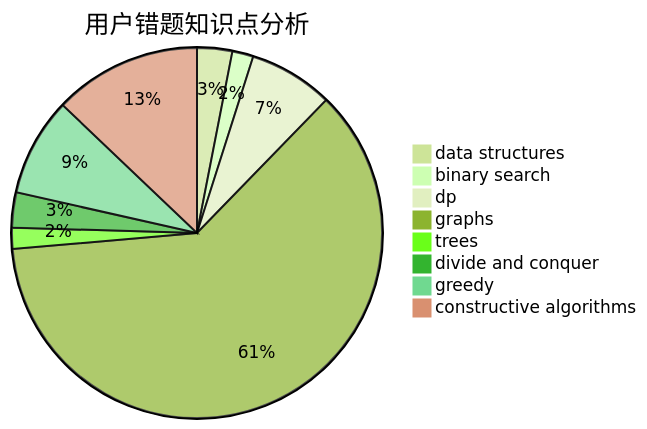
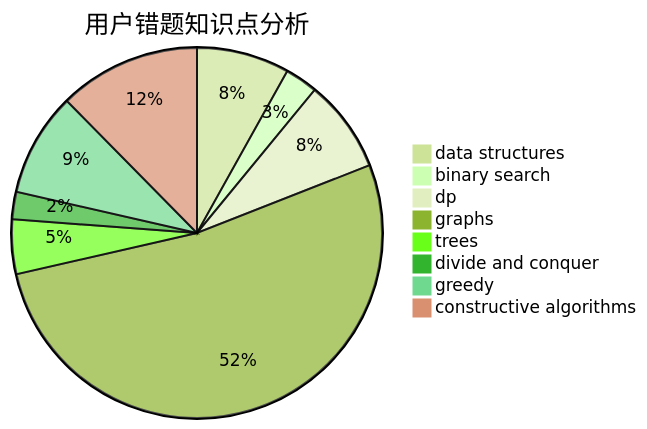
The third of 3 diagrams in docs/user/u1255.md (sherpahu/cfrs.github.io), drawn with Mermaid (forest theme) before and after one commit. The commit also changed other lines of this file and 2770 other files, not shown here.

````diff
--- a/docs/user/u1255.md
+++ b/docs/user/u1255.md
@@ -36,11 +36,11 @@
 ```mermaid
 pie title 用户错题知识点分析
-    "data structures" :  5
-    "binary search" :  3
-    "dp" :  12
-    "graphs" :  100
-    "trees" :  3
+    "data structures" :  17
+    "binary search" :  6
+    "dp" :  17
+    "graphs" :  110
+    "trees" :  10
     "divide and conquer" :  5
-    "greedy" :  14
-    "constructive algorithms" :  21
+    "greedy" :  19
+    "constructive algorithms" :  26
 ```
````
